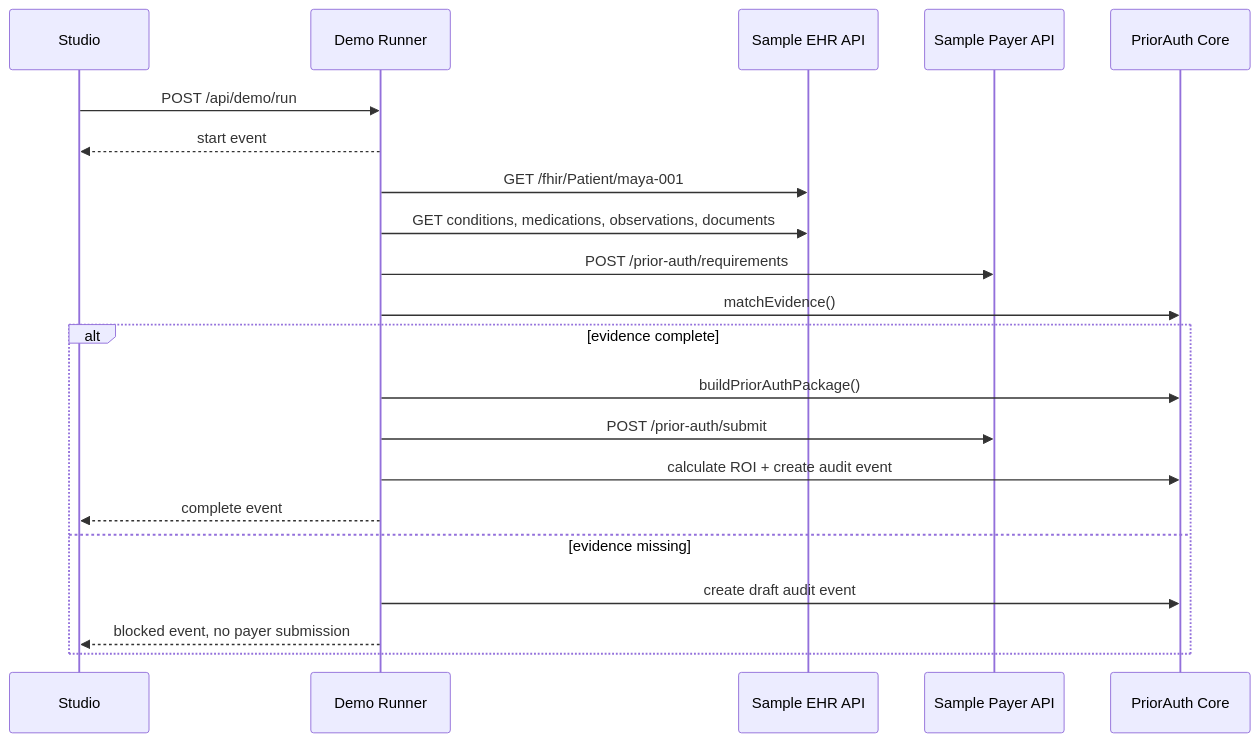
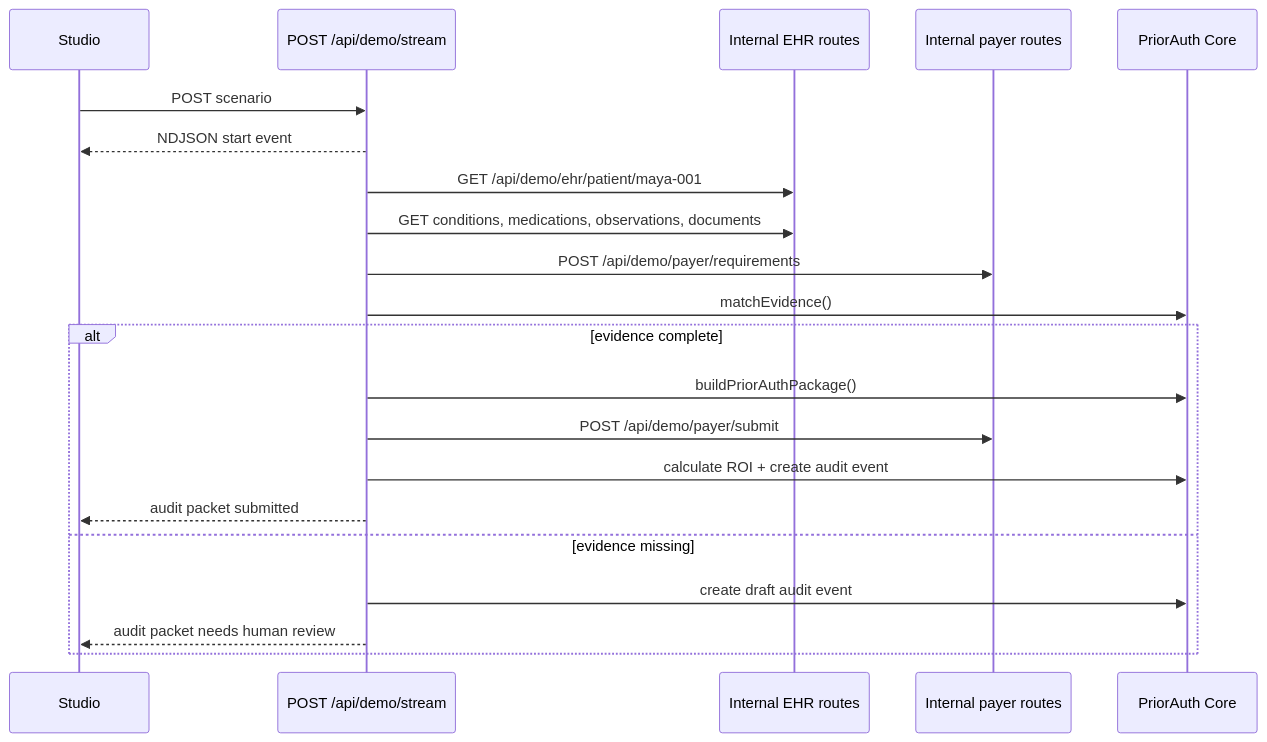
Before and after one commit to roshaninfordham/healthagentpassport: the fourth of 4 diagrams in README.md, drawn with Mermaid. The commit also changed other lines of this file and 34 other files, not shown here.

Commit message:
Build hosted prior auth demo workspace

````diff
--- a/README.md
+++ b/README.md
@@ -117,24 +121,24 @@
 ```mermaid
 sequenceDiagram
   participant UI as Studio
-  participant Runner as Demo Runner
-  participant EHR as Sample EHR API
-  participant Payer as Sample Payer API
+  participant Runner as POST /api/demo/stream
+  participant EHR as Internal EHR routes
+  participant Payer as Internal payer routes
   participant Core as PriorAuth Core
 
-  UI->>Runner: POST /api/demo/run
-  Runner-->>UI: start event
-  Runner->>EHR: GET /fhir/Patient/maya-001
+  UI->>Runner: POST scenario
+  Runner-->>UI: NDJSON start event
+  Runner->>EHR: GET /api/demo/ehr/patient/maya-001
   Runner->>EHR: GET conditions, medications, observations, documents
-  Runner->>Payer: POST /prior-auth/requirements
+  Runner->>Payer: POST /api/demo/payer/requirements
   Runner->>Core: matchEvidence()
   alt evidence complete
     Runner->>Core: buildPriorAuthPackage()
-    Runner->>Payer: POST /prior-auth/submit
+    Runner->>Payer: POST /api/demo/payer/submit
     Runner->>Core: calculate ROI + create audit event
-    Runner-->>UI: complete event
+    Runner-->>UI: audit packet submitted
   else evidence missing
     Runner->>Core: create draft audit event
-    Runner-->>UI: blocked event, no payer submission
+    Runner-->>UI: audit packet needs human review
   end
 ```
````
